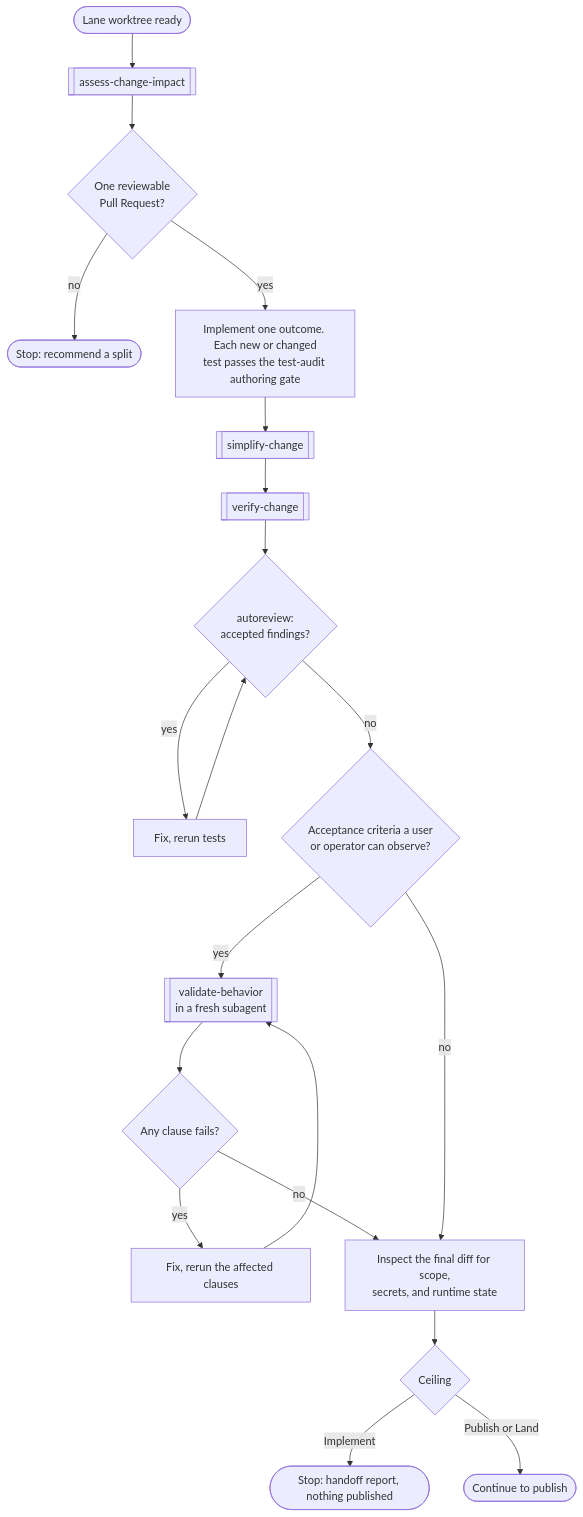
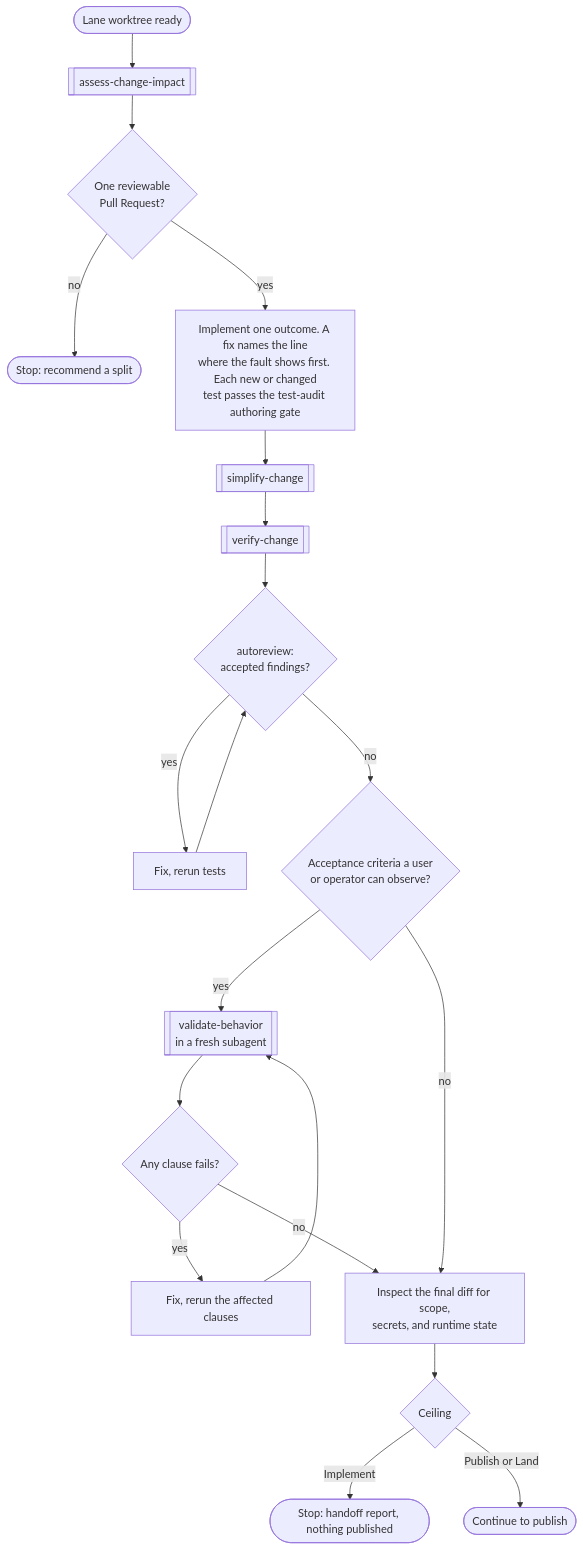
One commit to Sannrox/agent-kit changed the sixth of 20 diagrams in docs/skill-flows.md. Above: the diagram before and after it, drawn with Mermaid. The commit also changed other lines of this file and 4 other files, not shown here.

````diff
--- a/docs/skill-flows.md
+++ b/docs/skill-flows.md
@@ -161,22 +166,22 @@
 ```mermaid
 flowchart TD
     start(["Lane worktree ready"]) --> impact[["assess-change-impact"]]
     impact --> fits{"One reviewable<br/>Pull Request?"}
     fits -->|"no"| split(["Stop: recommend a split"])
-    fits -->|"yes"| build["Implement one outcome. Each new or changed<br/>test passes the test-audit authoring gate"]
+    fits -->|"yes"| build["Implement one outcome. A fix names the line<br/>where the fault shows first. Each new or changed<br/>test passes the test-audit authoring gate"]
     build --> simplify[["simplify-change"]]
     simplify --> verify[["verify-change"]]
     verify --> review{"autoreview:<br/>accepted findings?"}
     review -->|"yes"| fix["Fix, rerun tests"]
     fix --> review
     review -->|"no"| observable{"Acceptance criteria a user<br/>or operator can observe?"}
     observable -->|"yes"| behavior[["validate-behavior<br/>in a fresh subagent"]]
     behavior --> verdict{"Any clause fails?"}
     verdict -->|"yes"| fix2["Fix, rerun the affected clauses"]
     fix2 --> behavior
     verdict -->|"no"| scope
     observable -->|"no"| scope["Inspect the final diff for scope,<br/>secrets, and runtime state"]
     scope --> ceiling{"Ceiling"}
     ceiling -->|"Implement"| handoff(["Stop: handoff report, nothing published"])
     ceiling -->|"Publish or Land"| publish(["Continue to publish"])
 ```
````
